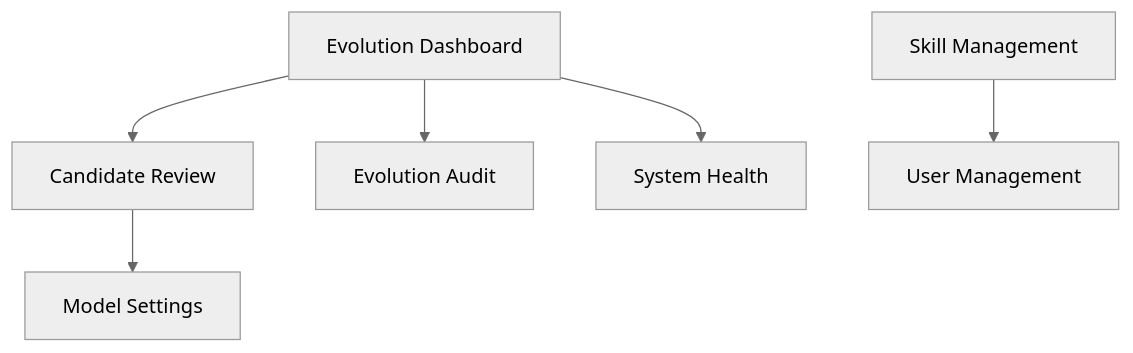
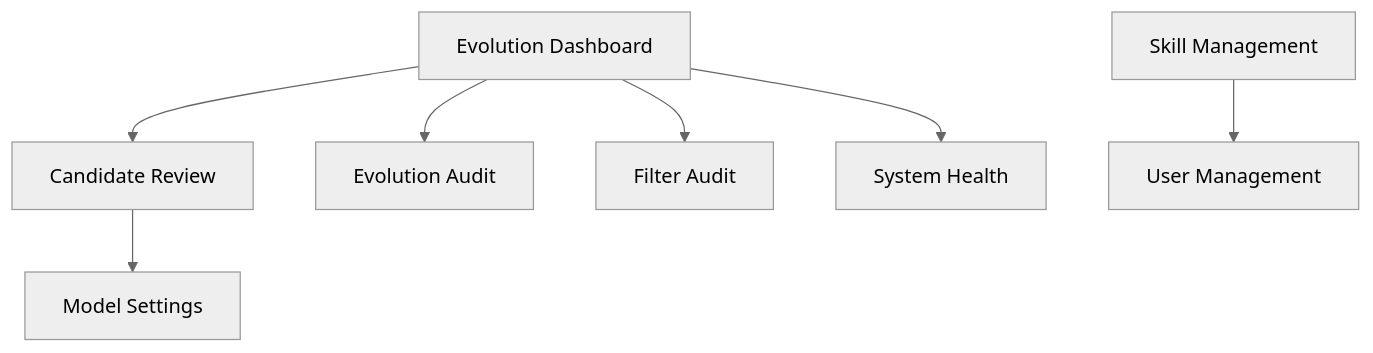
One commit to leoriczhang/teamEvolver changed the second of 3 diagrams in README.en.md. Above: the diagram before and after it, drawn with Mermaid (neutral theme). The commit also changed other lines of this file and 1 other file, not shown here.

````diff
--- a/README.en.md
+++ b/README.en.md
@@ -206,16 +243,18 @@
 ```mermaid
 flowchart TB
     Home["Evolution Dashboard"]
     Candidates["Candidate Review"]
     Audit["Evolution Audit"]
+    Filter["Filter Audit"]
     Health["System Health"]
     Skills["Skill Management"]
     Users["User Management"]
     Model["Model Settings"]
 
     Home --> Candidates
     Home --> Audit
+    Home --> Filter
     Home --> Health
     Skills --> Users
     Candidates --> Model
 ```
````
